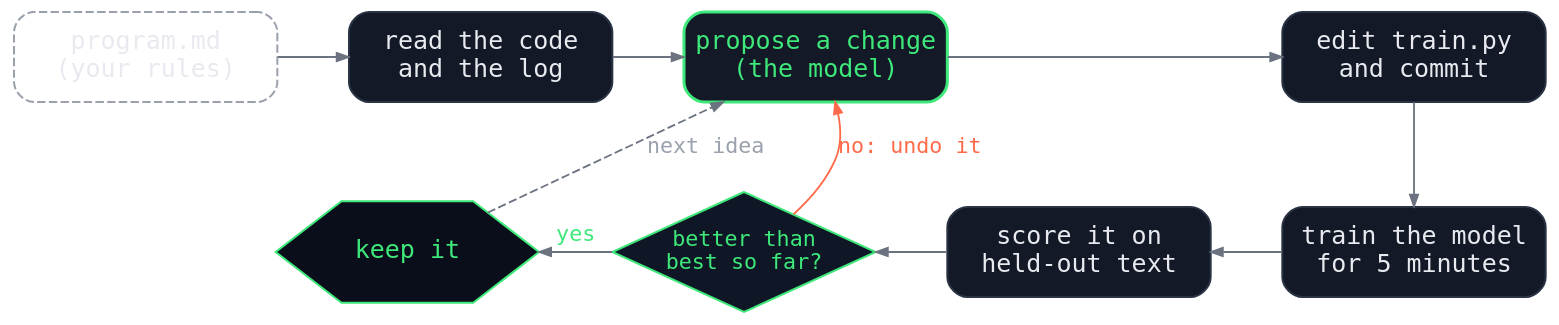
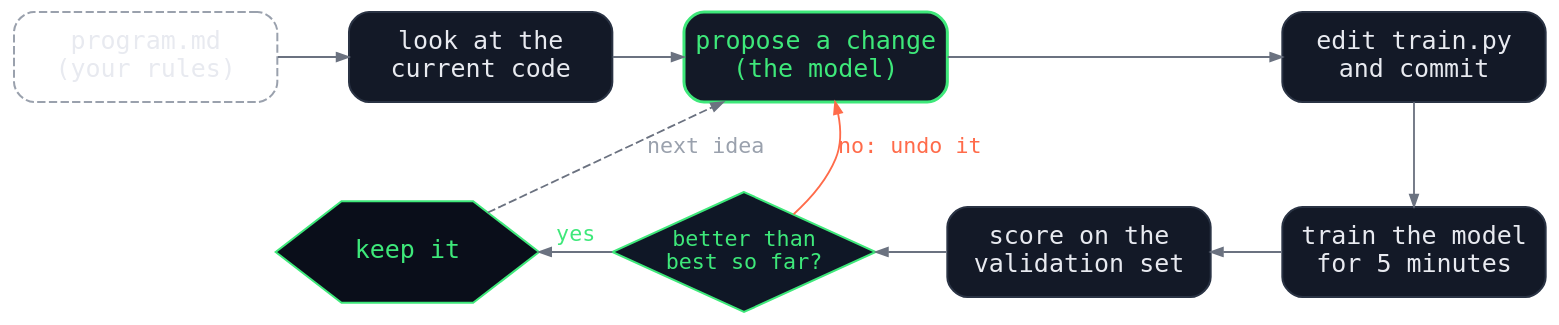
The diagram in src/posts/ai-scientist/autoresearch-loop.dot (marketneutral/marketneutral.github.io), drawn with Graphviz before and after one commit. The commit also changed 2 other files, not shown here.

```diff
--- a/src/posts/ai-scientist/autoresearch-loop.dot
+++ b/src/posts/ai-scientist/autoresearch-loop.dot
@@ -1,49 +1,49 @@
 // Source for autoresearch-loop.svg. Re-render with:
 //   dot -Tsvg autoresearch-loop.dot -o autoresearch-loop.svg
 // Deliberately mirrors scientific-method.dot: the same two-row layout, with
 // each step relabelled as the step autoresearch runs in its place.
 digraph autoresearch {
   rankdir=TB;
   bgcolor="transparent";
   pad=0.25;
   nodesep=0.30;
   ranksep=0.55;
   fontname="IBM Plex Mono, Menlo, DejaVu Sans Mono, monospace";
   node [shape=box, style="rounded,filled", fillcolor="#131927", color="#2a3344",
         fontcolor="#e8eaf0", fontname="IBM Plex Mono, Menlo, DejaVu Sans Mono, monospace",
         fontsize=15, margin="0.10,0.14", penwidth=1.2, width=2.2, height=0.75, fixedsize=true];
   edge [color="#6b7280", arrowsize=0.7, penwidth=1.1,
         fontname="IBM Plex Mono, Menlo, DejaVu Sans Mono, monospace",
         fontsize=13, fontcolor="#9aa1ad"];
 
   { rank=same; PM; READ; H; P; }
   { rank=same; T; D; R; X; }
 
   // top row, left to right
   PM -> READ [constraint=false];
   READ -> H [constraint=false];
   H -> P [constraint=false];
 
   // carriage return
   P -> X;
 
   // bottom row, right to left
   X -> R [constraint=false];
   R -> D [constraint=false];
   D -> T [constraint=false, label="yes", fontcolor="#3ee87a"];
 
   // feedback
   T -> H [style=dashed, label="next idea", constraint=false, fontcolor="#9aa1ad"];
   D -> H [label="no: undo it", constraint=false, color="#ff6b4a", fontcolor="#ff6b4a"];
 
   PM   [label="program.md\n(your rules)", style="rounded,dashed", color="#9aa1ad"];
-  READ [label="read the code\nand the log"];
+  READ [label="look at the\ncurrent code"];
   H    [label="propose a change\n(the model)", color="#3ee87a", fontcolor="#3ee87a", penwidth=1.8];
   P    [label="edit train.py\nand commit"];
   X    [label="train the model\nfor 5 minutes"];
-  R    [label="score it on\nheld-out text"];
+  R    [label="score on the\nvalidation set"];
   D    [shape=diamond, style="filled", fillcolor="#0f1726", color="#3ee87a",
         fontcolor="#3ee87a", label="better than\nbest so far?", margin="0.04,0.02", fontsize=13, width=2.2, height=1.0, fixedsize=true];
   T    [label="keep it", shape=hexagon, style="filled", fillcolor="#0a0e1a",
         color="#3ee87a", fontcolor="#3ee87a", margin="0.04,0.02", width=2.2, height=0.85, fixedsize=true];
 }
```
